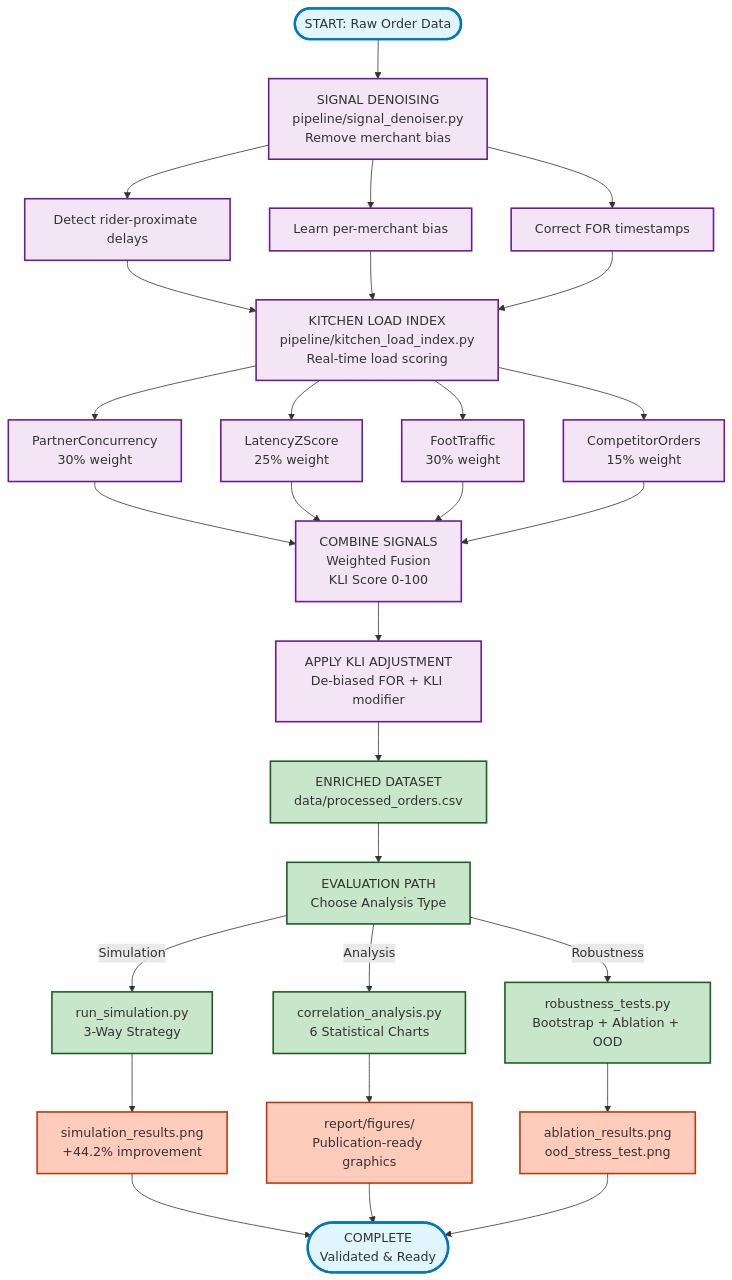
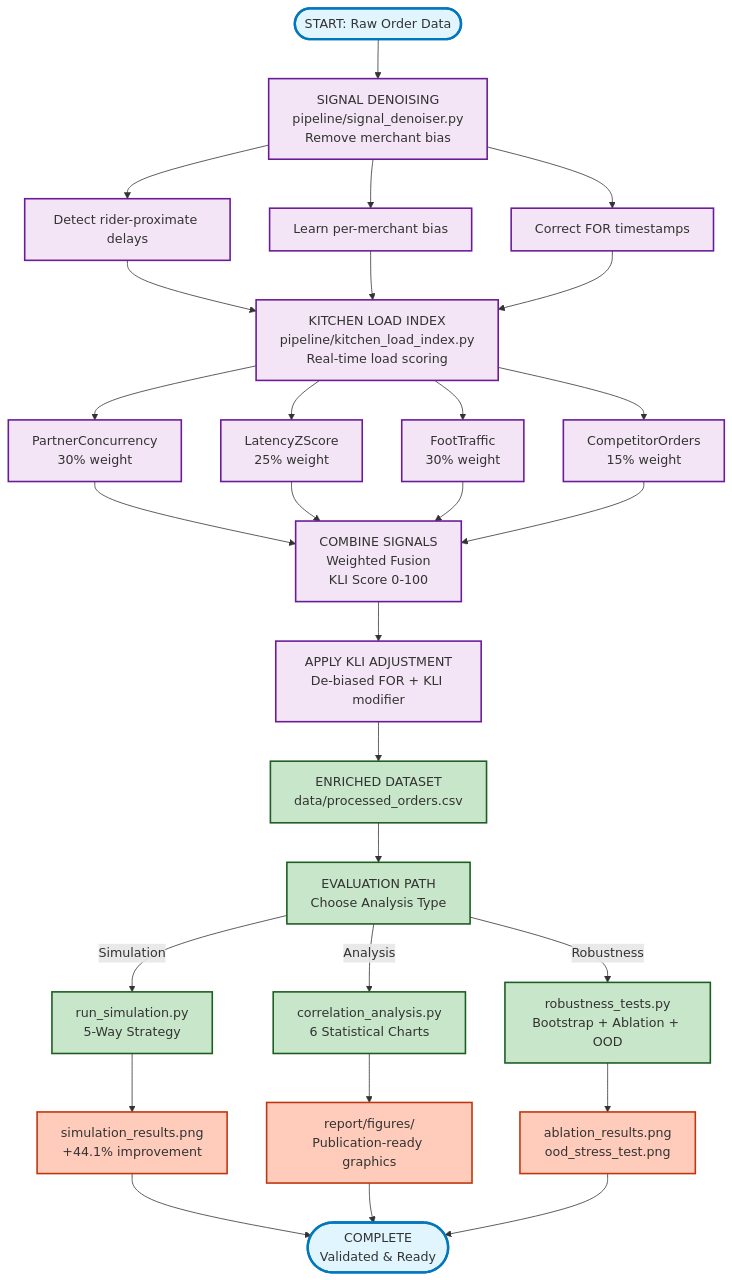
The diagram in README.md (ayhm23/KitchenPulse-Zomato-KPT), drawn with Mermaid before and after one commit. The commit also changed other lines of this file, not shown here.

````diff
--- a/README.md
+++ b/README.md
@@ -250,48 +296,48 @@
 ```mermaid
 graph TD
     START(["START: Raw Order Data"]) --> DENOISE["SIGNAL DENOISING<br/>pipeline/signal_denoiser.py<br/>Remove merchant bias"]
     
     DENOISE --> D1["Detect rider-proximate delays"]
     DENOISE --> D2["Learn per-merchant bias"]
     DENOISE --> D3["Correct FOR timestamps"]
     
     D1 & D2 & D3 --> KLI["KITCHEN LOAD INDEX<br/>pipeline/kitchen_load_index.py<br/>Real-time load scoring"]
     
     KLI --> K1["PartnerConcurrency<br/>30% weight"]
     KLI --> K2["LatencyZScore<br/>25% weight"]
     KLI --> K3["FootTraffic<br/>30% weight"]
     KLI --> K4["CompetitorOrders<br/>15% weight"]
     
     K1 & K2 & K3 & K4 --> COMBINE["COMBINE SIGNALS<br/>Weighted Fusion<br/>KLI Score 0-100"]
     
     COMBINE --> ADJUST["APPLY KLI ADJUSTMENT<br/>De-biased FOR + KLI modifier"]
     
     ADJUST --> OUTPUT["ENRICHED DATASET<br/>data/processed_orders.csv"]
     
     OUTPUT --> EVAL["EVALUATION PATH<br/>Choose Analysis Type"]
     
-    EVAL -->|Simulation| SIM["run_simulation.py<br/>3-Way Strategy"]
-    SIM --> CHART1["simulation_results.png<br/>+44.2% improvement"]
+    EVAL -->|Simulation| SIM["run_simulation.py<br/>5-Way Strategy"]
+    SIM --> CHART1["simulation_results.png<br/>+44.1% improvement"]
     
     EVAL -->|Analysis| CORR["correlation_analysis.py<br/>6 Statistical Charts"]
     CORR --> CHART2["report/figures/<br/>Publication-ready graphics"]
     
     EVAL -->|Robustness| ROBUST["robustness_tests.py<br/>Bootstrap + Ablation + OOD"]
     ROBUST --> CHART3["ablation_results.png<br/>ood_stress_test.png"]
     
     CHART1 & CHART2 & CHART3 --> END(["COMPLETE<br/>Validated & Ready"])
     
     classDef input fill:#e1f5ff,stroke:#0277bd,stroke-width:3px
     classDef process fill:#f3e5f5,stroke:#6a1b9a,stroke-width:2px
     classDef output fill:#fff9c4,stroke:#f57f17,stroke-width:2px
     classDef analysis fill:#c8e6c9,stroke:#1b5e20,stroke-width:2px
     classDef result fill:#ffccbc,stroke:#bf360c,stroke-width:2px
     
     class START,END input
     class OUTPUT analysis
     class DENOISE,KLI,COMBINE,ADJUST process
     class D1,D2,D3,K1,K2,K3,K4 process
     class SIM,CORR,ROBUST analysis
     class CHART1,CHART2,CHART3 result
     class EVAL analysis
 ```
````
